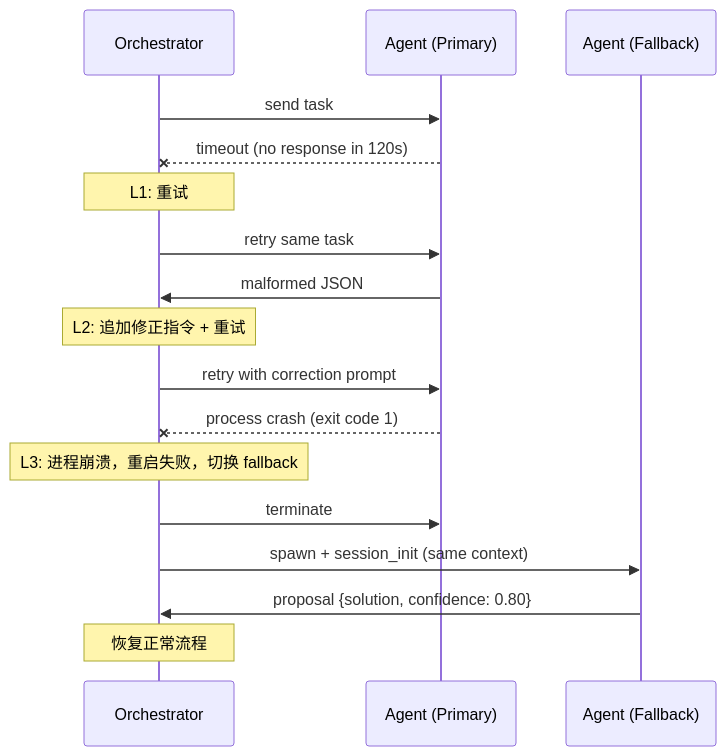
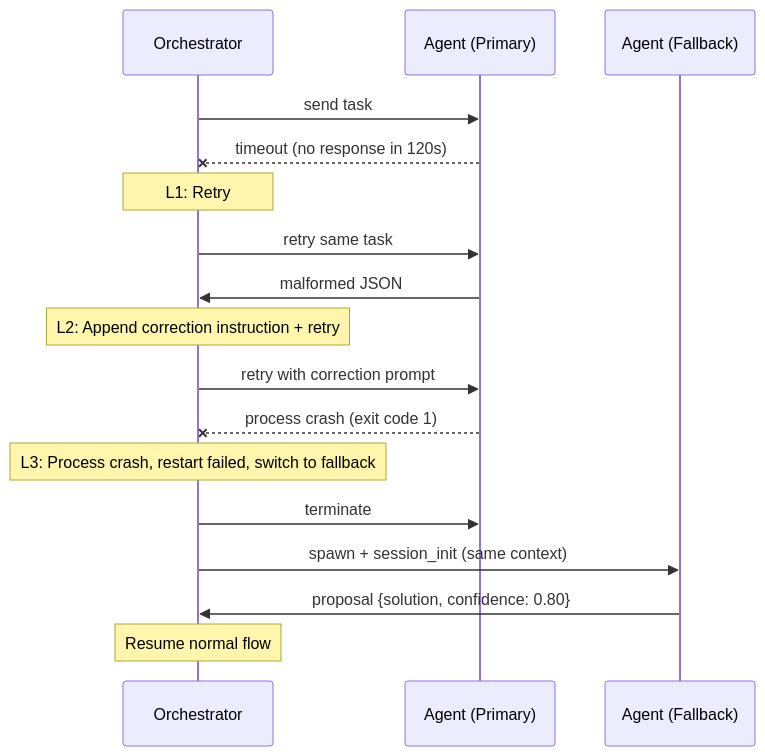
One commit to open-vera/OpenVera changed the fourth of 5 diagrams in docs/harness/mvp.md. Above: the diagram before and after it, drawn with Mermaid. The commit also changed other lines of this file and 21 other files, not shown here.

````diff
--- a/docs/harness/mvp.md
+++ b/docs/harness/mvp.md
@@ -2420,23 +2423,23 @@
 ```mermaid
 sequenceDiagram
     participant O as Orchestrator
     participant A as Agent (Primary)
     participant F as Agent (Fallback)
 
     O->>A: send task
     A--xO: timeout (no response in 120s)
 
-    Note over O: L1: 重试 #1
+    Note over O: L1: Retry #1
     O->>A: retry same task
     A->>O: malformed JSON
 
-    Note over O: L2: 追加修正指令 + 重试
+    Note over O: L2: Append correction instruction + retry
     O->>A: retry with correction prompt
     A--xO: process crash (exit code 1)
 
-    Note over O: L3: 进程崩溃，重启失败，切换 fallback
+    Note over O: L3: Process crash, restart failed, switch to fallback
     O->>A: terminate
     O->>F: spawn + session_init (same context)
     F->>O: proposal {solution, confidence: 0.80}
-    Note over O: 恢复正常流程
+    Note over O: Resume normal flow
 ```
````
